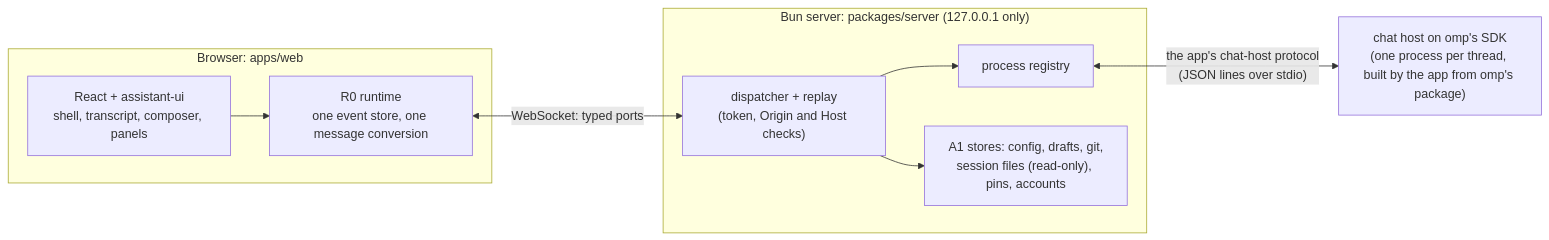
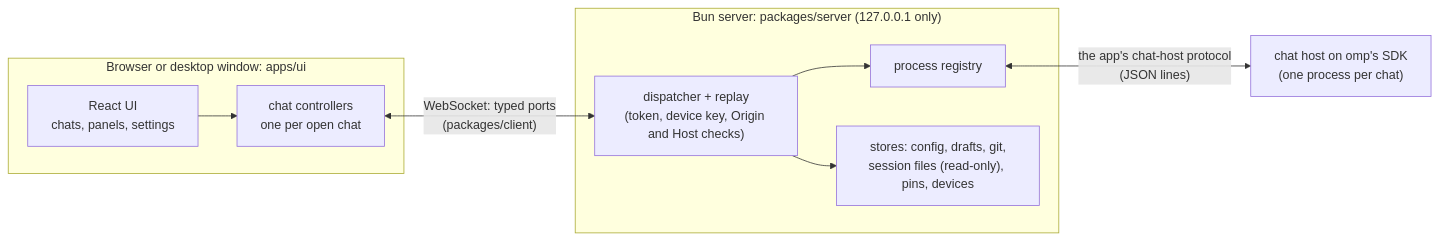
Before and after one commit to BarryTheShen/omp-app: the diagram in README.md, drawn with Mermaid. The commit also changed other lines of this file and 3 other files, not shown here.

````diff
--- a/README.md
+++ b/README.md
@@ -98,17 +90,17 @@
 ```mermaid
 flowchart LR
-  subgraph Browser["Browser: apps/web"]
-    UI["React + assistant-ui<br/>shell, transcript, composer, panels"]
-    R0["R0 runtime<br/>one event store, one message conversion"]
-    UI --> R0
+  subgraph Browser["Browser or desktop window: apps/ui"]
+    UI["React UI<br/>chats, panels, settings"]
+    C["chat controllers<br/>one per open chat"]
+    UI --> C
   end
   subgraph Server["Bun server: packages/server (127.0.0.1 only)"]
-    D["dispatcher + replay<br/>(token, Origin and Host checks)"]
+    D["dispatcher + replay<br/>(token, device key, Origin and Host checks)"]
     P["process registry"]
-    S["A1 stores: config, drafts, git,<br/>session files (read-only), pins, accounts"]
+    S["stores: config, drafts, git,<br/>session files (read-only), pins, devices"]
     D --> P
     D --> S
   end
-  R0 <-->|"WebSocket: typed ports"| D
-  P <-->|"the app's chat-host protocol<br/>(JSON lines over stdio)"| O["chat host on omp's SDK<br/>(one process per thread, built by the app from omp's package)"]
+  C <-->|"WebSocket: typed ports<br/>(packages/client)"| D
+  P <-->|"the app's chat-host protocol<br/>(JSON lines)"| O["chat host on omp's SDK<br/>(one process per chat)"]
 ```
````
